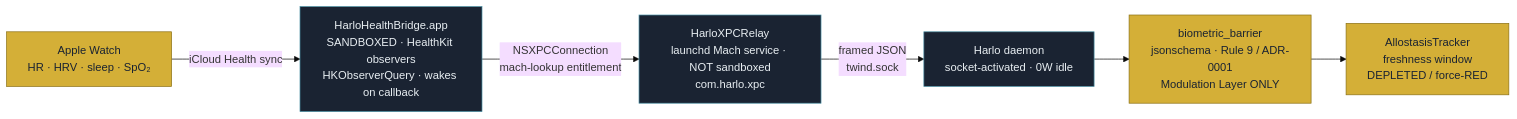
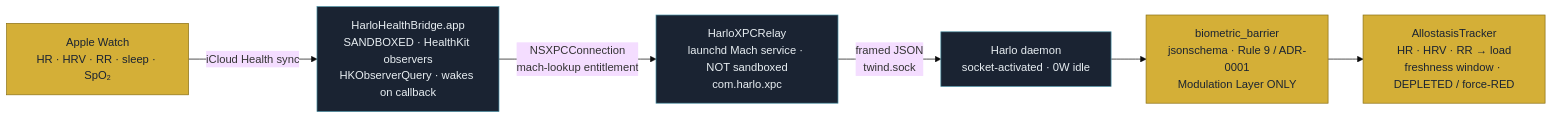
The eighth of 13 diagrams in README.md (JosephOIbrahim/Harlo), drawn with Mermaid (base theme) before and after one commit. The commit also changed other lines of this file, not shown here.

Commit message:
docs(readme): show respiratory rate in the biometric-loop diagrams
Reflect the shipped respiratory_rate scoring (fe94e8e): RR added to the
Apple Watch signal nodes in both biometric diagrams, and the AllostasisTracker
node now shows HR · HRV · RR -> load.

````diff
--- a/README.md
+++ b/README.md
@@ -517,17 +517,17 @@
 ```mermaid
 flowchart LR
-    WATCH["Apple Watch<br/>HR · HRV · sleep · SpO₂"]:::runtime
+    WATCH["Apple Watch<br/>HR · HRV · RR · sleep · SpO₂"]:::runtime
     BRIDGE["HarloHealthBridge.app<br/>SANDBOXED · HealthKit observers<br/>HKObserverQuery · wakes on callback"]:::substrate
     RELAY["HarloXPCRelay<br/>launchd Mach service · NOT sandboxed<br/>com.harlo.xpc"]:::substrate
     DAEMON["Harlo daemon<br/>socket-activated · 0W idle"]:::substrate
     BARRIER["biometric_barrier<br/>jsonschema · Rule 9 / ADR-0001<br/>Modulation Layer ONLY"]:::runtime
-    ALLO["AllostasisTracker<br/>freshness window<br/>DEPLETED / force-RED"]:::runtime
+    ALLO["AllostasisTracker<br/>HR · HRV · RR → load<br/>freshness window · DEPLETED / force-RED"]:::runtime
 
     WATCH -->|"iCloud Health sync"| BRIDGE
     BRIDGE -->|"NSXPCConnection<br/>mach-lookup entitlement"| RELAY
     RELAY -->|"framed JSON<br/>twind.sock"| DAEMON
     DAEMON --> BARRIER --> ALLO
 
     classDef substrate fill:#1a2332,stroke:#4a90a4,color:#e8eef2
     classDef runtime fill:#d4af37,stroke:#8b7115,color:#1a2332
 ```
````
